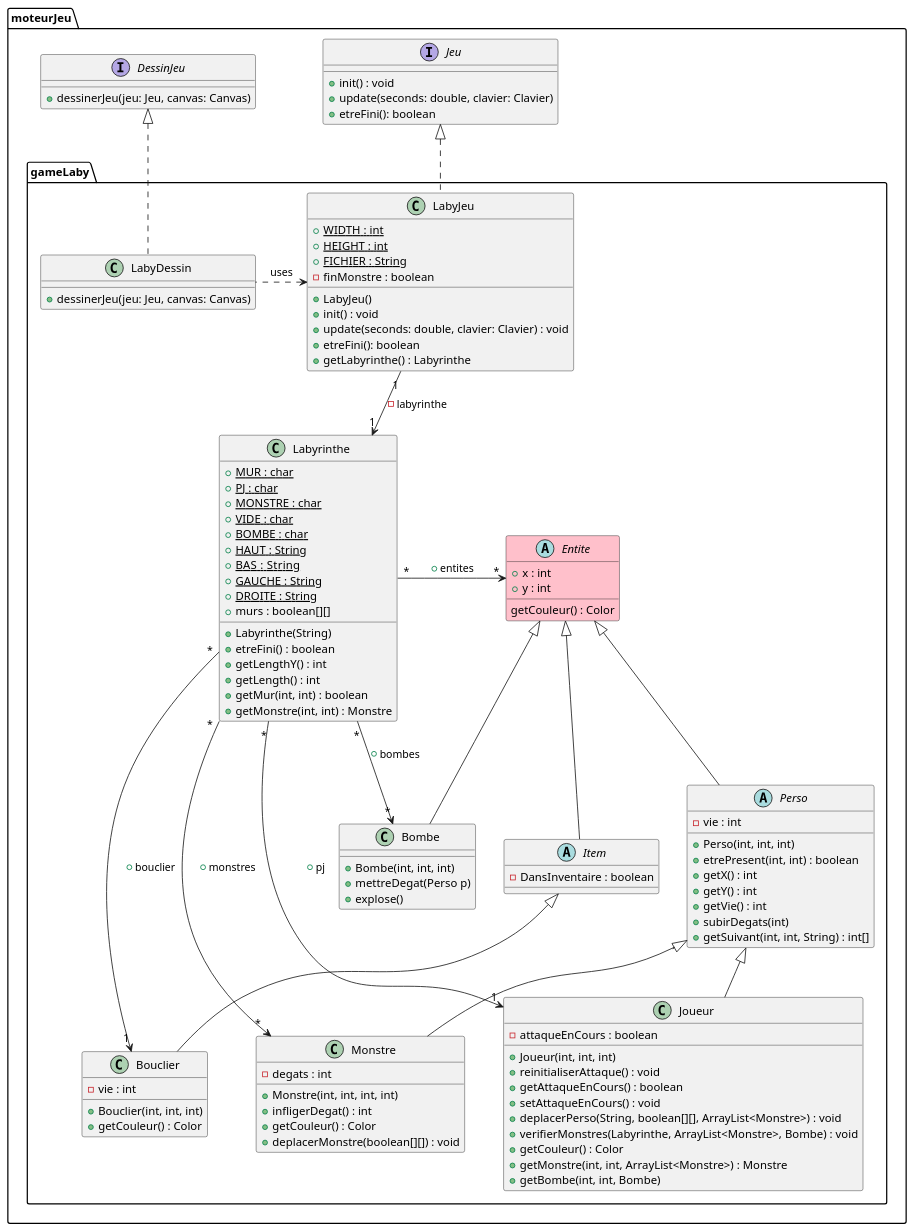
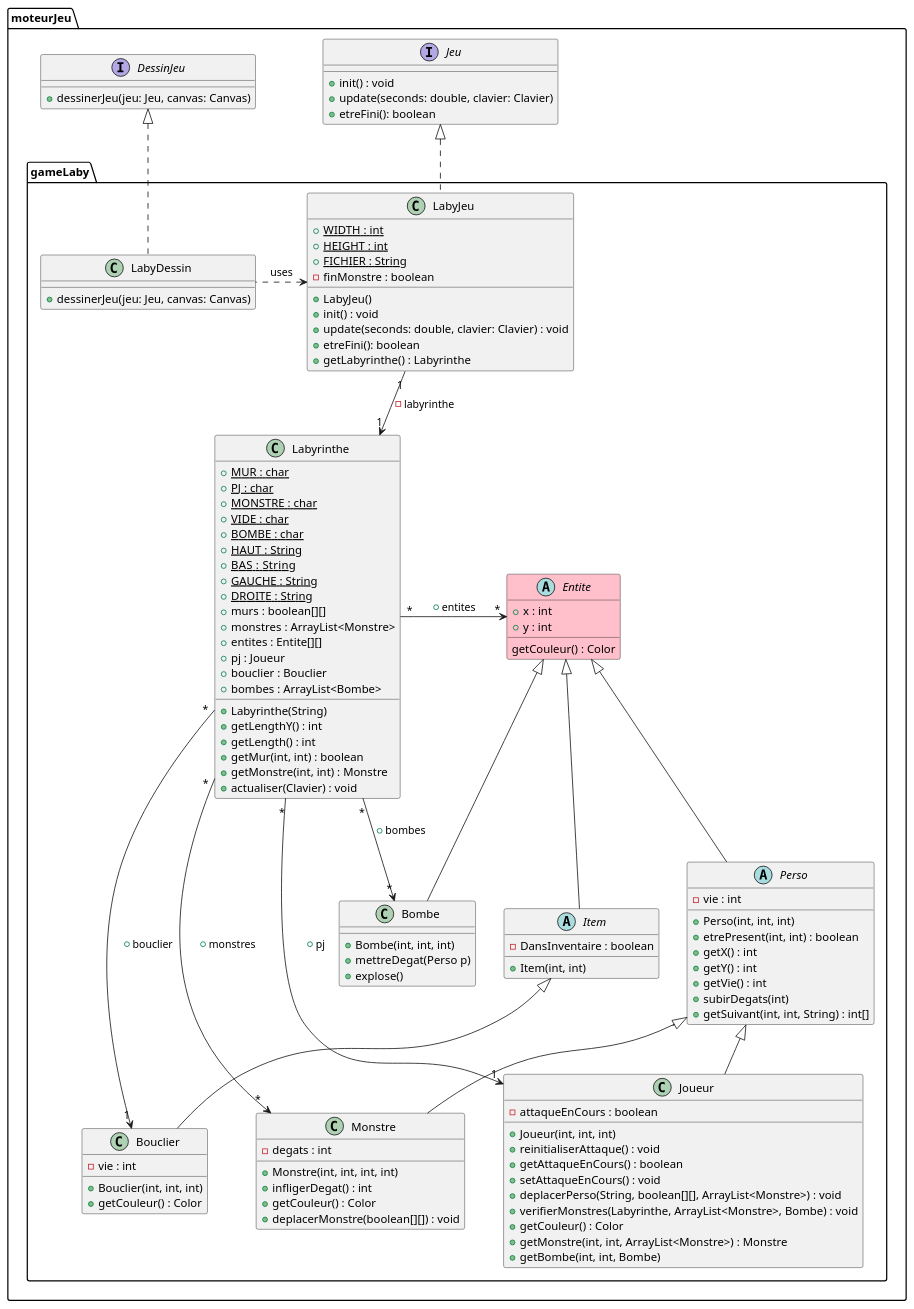
The diagram in projet_zeldiablo/documents/version_4/diag_classe_V4.puml (Packingdustry/2024_Zeldiablo_massoncl1u_delaborde2u_e2074u_marti1228u_e2920u), drawn with PlantUML before and after one commit. The commit also changed 3 other files, not shown here.

```diff
--- a/projet_zeldiablo/documents/version_4/diag_classe_V4.puml
+++ b/projet_zeldiablo/documents/version_4/diag_classe_V4.puml
@@ -1,121 +1,127 @@
 @startuml
 package moteurJeu {
 
 interface Jeu{
 + init() : void
 + update(seconds: double, clavier: Clavier)
 + etreFini(): boolean
 }
 
 
 interface DessinJeu {
 + dessinerJeu(jeu: Jeu, canvas: Canvas)
 }
 
 package gameLaby{
 
 class LabyJeu{
 + {static} WIDTH : int
 + {static} HEIGHT : int
 + {static} FICHIER : String
 - finMonstre : boolean
 + LabyJeu()
 + init() : void
 + update(seconds: double, clavier: Clavier) : void
 + etreFini(): boolean
 + getLabyrinthe() : Labyrinthe
 }
 
 class Labyrinthe {
   + {static} MUR : char
   + {static} PJ : char
   + {static} MONSTRE : char
   + {static} VIDE : char
   + {static} BOMBE : char
   + {static} HAUT : String
   + {static} BAS  : String
   + {static} GAUCHE : String
   + {static} DROITE : String
   + murs : boolean[][]
+  + monstres : ArrayList<Monstre>
+  + entites : Entite[][]
+  + pj : Joueur
+  + bouclier : Bouclier
+  + bombes : ArrayList<Bombe>
   + Labyrinthe(String)
-  + etreFini() : boolean
   + getLengthY() : int
   + getLength() : int
   + getMur(int, int) : boolean
   + getMonstre(int, int) : Monstre
+  + actualiser(Clavier) : void
 }
 
 
 Jeu <|.. LabyJeu
 
 
 LabyJeu "1" --> "1" Labyrinthe : -labyrinthe
 
 
 class LabyDessin{
 + dessinerJeu(jeu: Jeu, canvas: Canvas)
 }
 
 DessinJeu <|.. LabyDessin
 LabyJeu <. LabyDessin:uses
 
 abstract class Entite #pink {
   + x : int
   + y : int
   getCouleur() : Color
 }
 
 abstract class Perso extends Entite {
   - vie : int
   + Perso(int, int, int)
   + etrePresent(int, int) : boolean
   + getX() : int
   + getY() : int
   + getVie() : int
   + subirDegats(int)
   + getSuivant(int, int, String) : int[]
 }
 
 
 class Monstre extends Perso {
   - degats : int
   + Monstre(int, int, int, int)
   + infligerDegat() : int
   + getCouleur() : Color
   + deplacerMonstre(boolean[][]) : void
 }
 class Bombe extends Entite {
   + Bombe(int, int, int)
   + mettreDegat(Perso p)
   + explose()
 }
 class Joueur extends Perso{
   - attaqueEnCours : boolean
   + Joueur(int, int, int)
   + reinitialiserAttaque() : void
   + getAttaqueEnCours() : boolean
   + setAttaqueEnCours() : void
   + deplacerPerso(String, boolean[][], ArrayList<Monstre>) : void
   + verifierMonstres(Labyrinthe, ArrayList<Monstre>, Bombe) : void
   + getCouleur() : Color
   + getMonstre(int, int, ArrayList<Monstre>) : Monstre
   + getBombe(int, int, Bombe)
 }
 
 abstract class Item extends Entite {
   - DansInventaire : boolean
+  + Item(int, int)
 }
 
 class Bouclier extends Item {
   - vie : int
   + Bouclier(int, int, int)
   + getCouleur() : Color
 }
 
 Labyrinthe "*" -> "*" Entite : + entites
 Labyrinthe "*" -> "*" Monstre : + monstres
 Labyrinthe "*" -> "1" Joueur : + pj
 Labyrinthe "*" -> "1" Bouclier : + bouclier
 Labyrinthe "*" -> "*" Bombe : + bombes
 }
 @enduml
```
